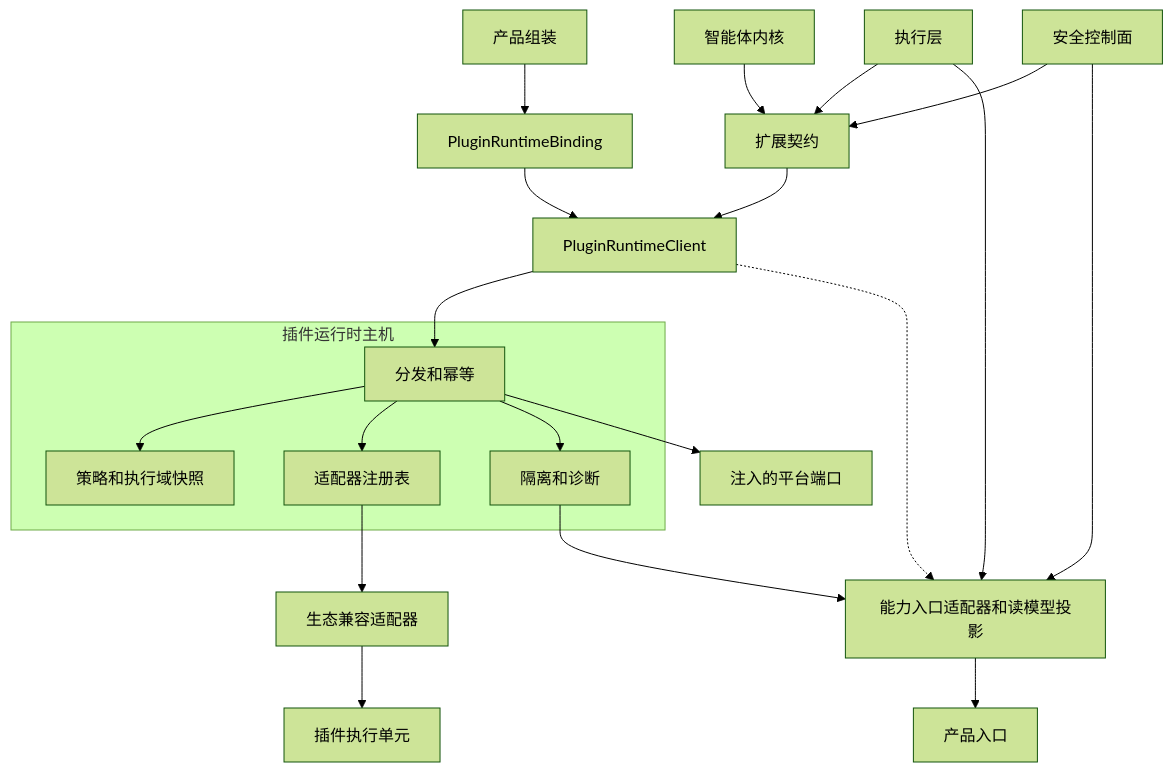
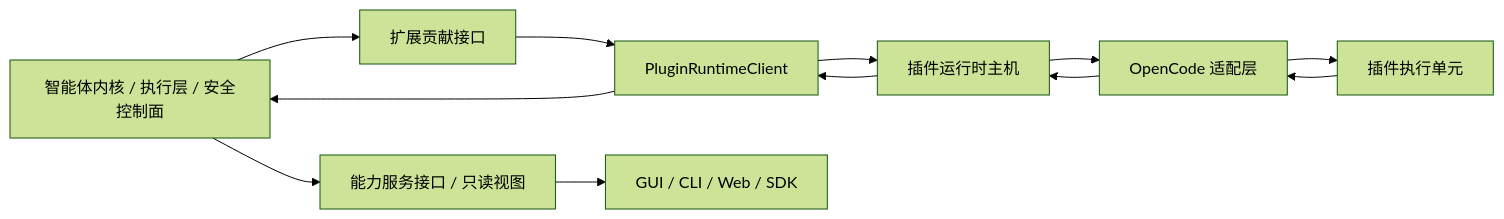
The first of 2 diagrams in docs/architecture/plugin-runtime-host-design.md (1688mengdie/BitFun), drawn with Mermaid (forest theme) before and after one commit. The commit also changed other lines of this file and 20 other files, not shown here.

````diff
--- a/docs/architecture/plugin-runtime-host-design.md
+++ b/docs/architecture/plugin-runtime-host-design.md
@@ -92,42 +17,23 @@
 ```mermaid
-flowchart TB
-  Kernel["智能体内核"]
-  Execution["执行层"]
-  Security["安全控制面"]
-  Assembly["产品组装"]
-  ExtensionContract["扩展契约"]
+flowchart LR
+  Kernel["智能体内核 / 执行层 / 安全控制面"]
+  Extension["扩展贡献接口"]
   Client["PluginRuntimeClient"]
-  Binding["PluginRuntimeBinding"]
+  Host["插件运行时主机"]
+  Adapter["OpenCode 适配层"]
+  Unit["插件执行单元"]
+  Projection["能力服务接口 / 只读视图"]
+  Surface["GUI / CLI / Web / SDK"]
 
-  subgraph Host["插件运行时主机"]
-    Dispatcher["分发和幂等"]
-    Quarantine["隔离和诊断"]
-    Registry["适配器注册表"]
-    Policy["策略和执行域快照"]
-  end
-
-  Adapter["生态兼容适配器"]
-  Unit["插件执行单元"]
-  Ports["注入的平台端口"]
-  SurfaceAdapter["能力入口适配器和读模型投影"]
-  Surface["产品入口"]
-
-  Assembly --> Binding
-  Binding --> Client
-  Kernel --> ExtensionContract
-  Execution --> ExtensionContract
-  Security --> ExtensionContract
-  ExtensionContract --> Client
-  Client --> Dispatcher
-  Dispatcher --> Policy
-  Dispatcher --> Registry
-  Dispatcher --> Quarantine
-  Registry --> Adapter
+  Kernel --> Extension
+  Extension --> Client
+  Client --> Host
+  Host --> Adapter
   Adapter --> Unit
-  Dispatcher --> Ports
-  Client -.-> SurfaceAdapter
-  Execution --> SurfaceAdapter
-  Security --> SurfaceAdapter
-  Quarantine --> SurfaceAdapter
-  SurfaceAdapter --> Surface
+  Unit --> Adapter
+  Adapter --> Host
+  Host --> Client
+  Client --> Kernel
+  Kernel --> Projection
+  Projection --> Surface
 ```
````
